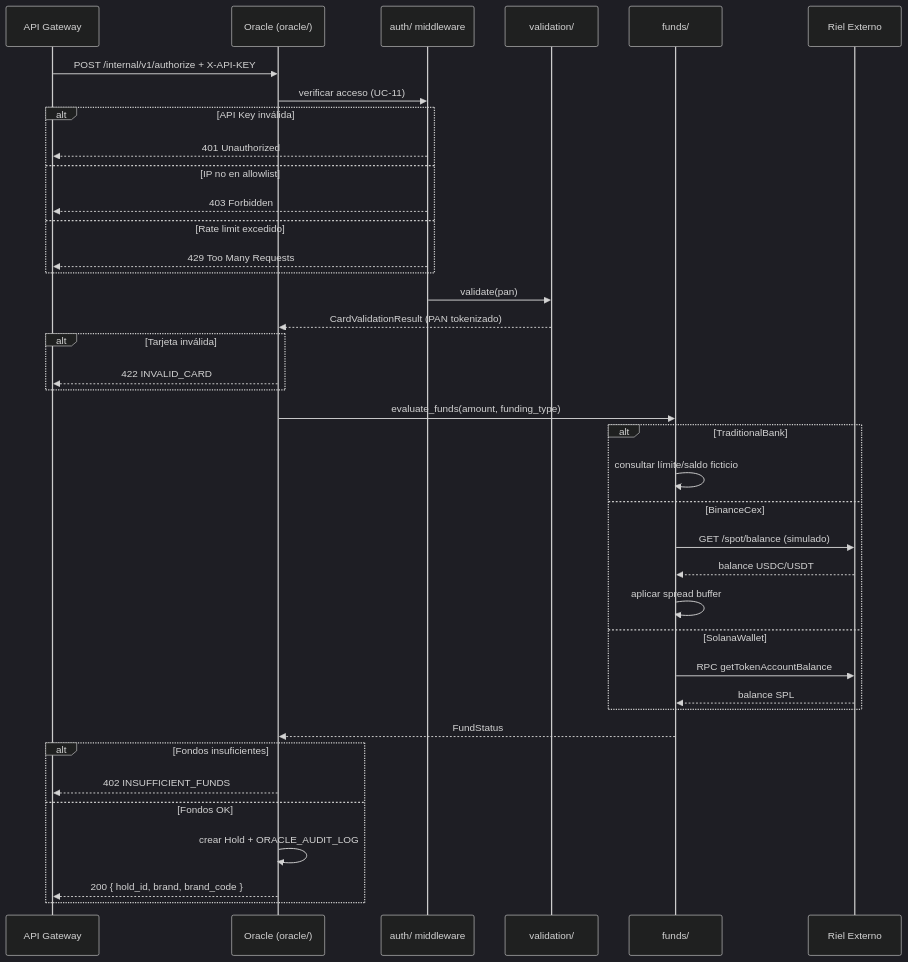
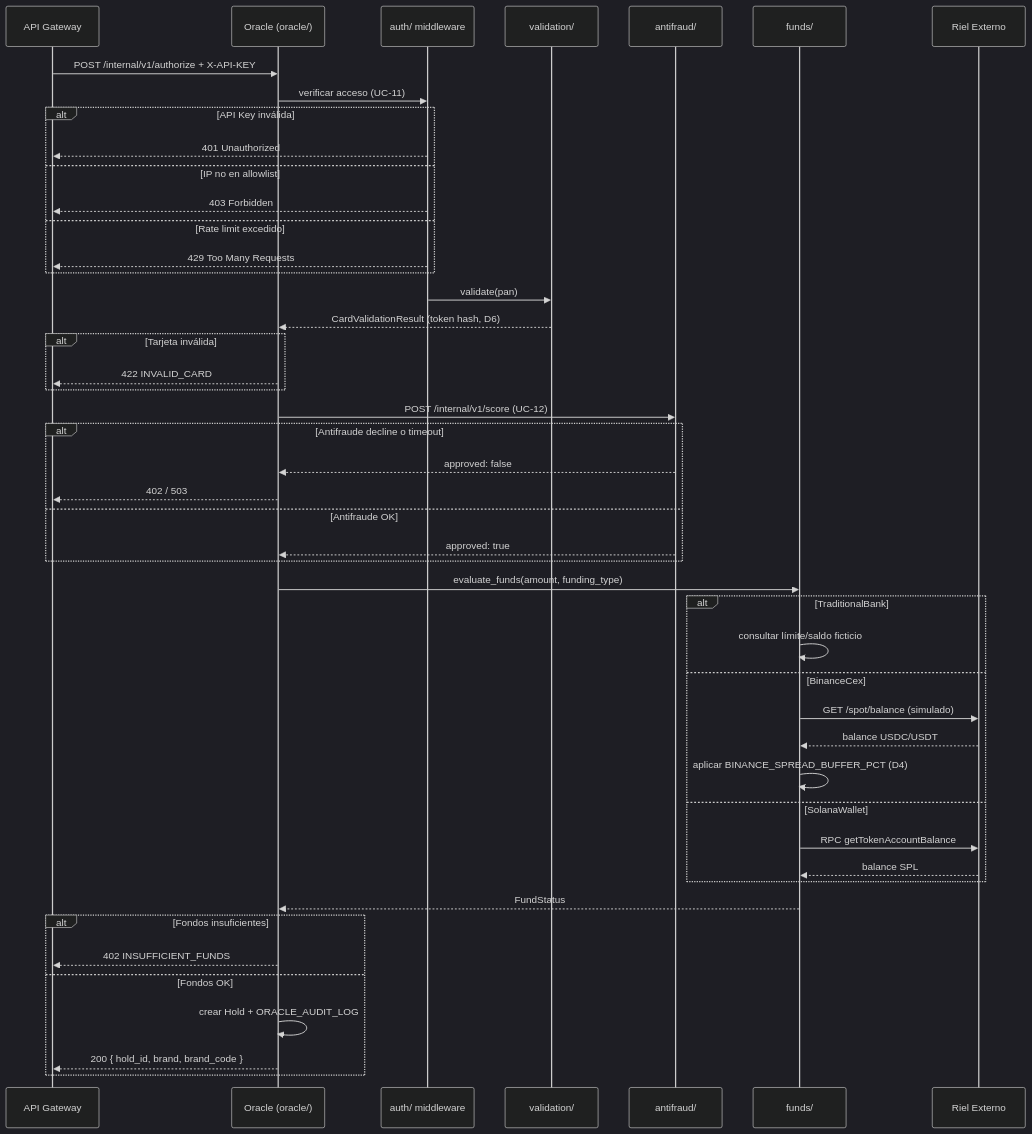
The tenth of 17 diagrams in Doc/Casos-de-Uso-ER-Flujos.md (rastrahm/pasarela), drawn with Mermaid (dark theme) before and after one commit. The commit also changed other lines of this file and 4 other files, not shown here.

````diff
--- a/Doc/Casos-de-Uso-ER-Flujos.md
+++ b/Doc/Casos-de-Uso-ER-Flujos.md
@@ -726,49 +793,59 @@
 ```mermaid
 sequenceDiagram
     participant GW as API Gateway
     participant O as Oracle (oracle/)
     participant Auth as auth/ middleware
     participant L as validation/
+    participant AF as antifraud/
     participant F as funds/
     participant R as Riel Externo
 
     GW->>O: POST /internal/v1/authorize + X-API-KEY
     O->>Auth: verificar acceso (UC-11)
 
     alt API Key inválida
         Auth-->>GW: 401 Unauthorized
     else IP no en allowlist
         Auth-->>GW: 403 Forbidden
     else Rate limit excedido
         Auth-->>GW: 429 Too Many Requests
     end
 
     Auth->>L: validate(pan)
-    L-->>O: CardValidationResult (PAN tokenizado)
+    L-->>O: CardValidationResult (token hash, D6)
 
     alt Tarjeta inválida
         O-->>GW: 422 INVALID_CARD
+    end
+
+    O->>AF: POST /internal/v1/score (UC-12)
+
+    alt Antifraude decline o timeout
+        AF-->>O: approved: false
+        O-->>GW: 402 / 503
+    else Antifraude OK
+        AF-->>O: approved: true
     end
 
     O->>F: evaluate_funds(amount, funding_type)
 
     alt TraditionalBank
         F->>F: consultar límite/saldo ficticio
     else BinanceCex
         F->>R: GET /spot/balance (simulado)
         R-->>F: balance USDC/USDT
-        F->>F: aplicar spread buffer
+        F->>F: aplicar BINANCE_SPREAD_BUFFER_PCT (D4)
     else SolanaWallet
         F->>R: RPC getTokenAccountBalance
         R-->>F: balance SPL
     end
 
     F-->>O: FundStatus
 
     alt Fondos insuficientes
         O-->>GW: 402 INSUFFICIENT_FUNDS
     else Fondos OK
         O->>O: crear Hold + ORACLE_AUDIT_LOG
         O-->>GW: 200 { hold_id, brand, brand_code }
     end
 ```
````
